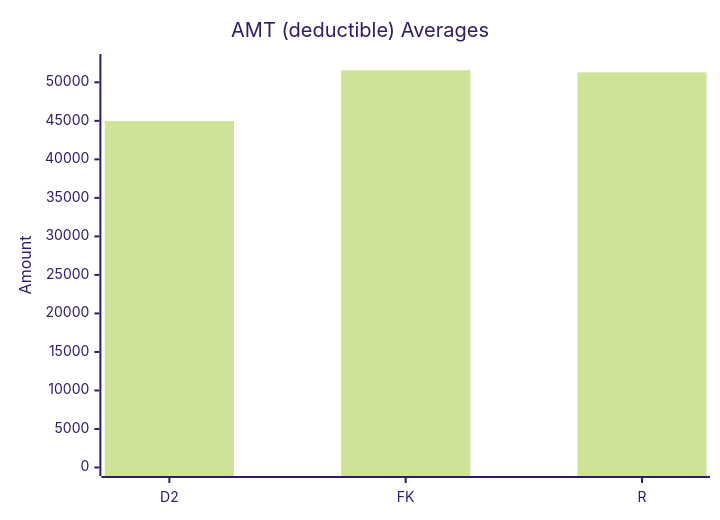
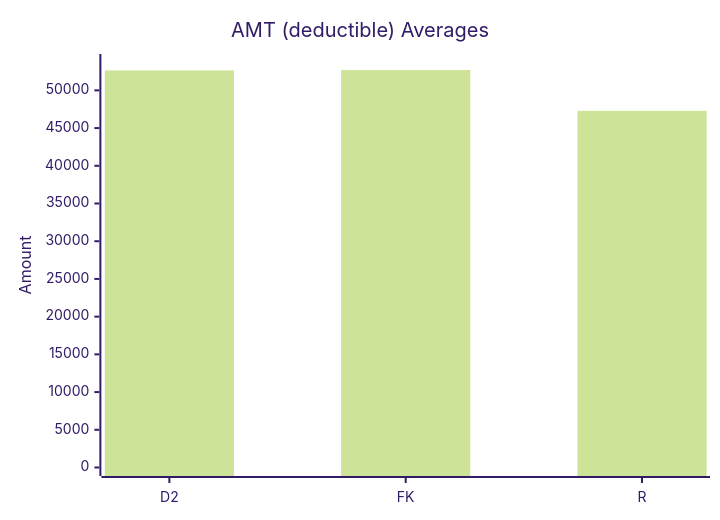
Before and after one commit to dhagan-va/intern-2025: the ninth of 10 diagrams in test-tools/DataGen/src/Statistics_Visualizer.md, drawn with Mermaid (forest theme). The commit also changed other lines of this file and 1 other file, not shown here.

````diff
--- a/test-tools/DataGen/src/Statistics_Visualizer.md
+++ b/test-tools/DataGen/src/Statistics_Visualizer.md
@@ -98,7 +98,7 @@
 ```mermaid
 xychart-beta
     title "AMT (deductible) Averages"
     x-axis ["D2", "FK", "R"]
-    y-axis "Amount" 0 --> 52573.358118811906
-    bar [44980.4706930693, 51573.358118811906, 51291.260297029694]
+    y-axis "Amount" 0 --> 53693.71227722773
+    bar [52644.403465346564, 52693.71227722773, 47286.70643564357]
 ```
````
